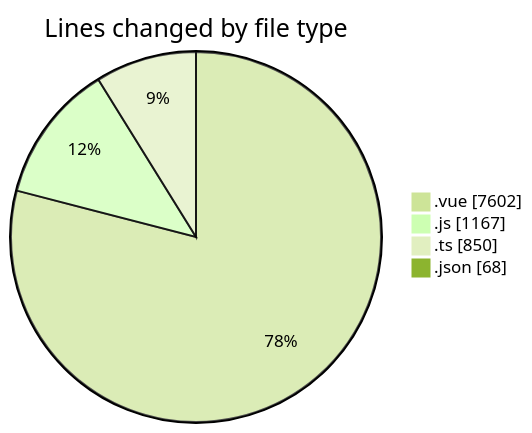
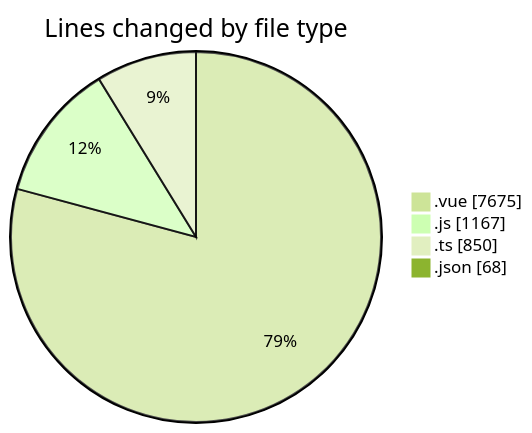
One commit to lephambinh05/code-tracking changed the first of 2 diagrams in 2025-08-12/rentotp/README.md. Above: the diagram before and after it, drawn with Mermaid (forest theme). The commit also changed other lines of this file and 1 other file, not shown here.

````diff
--- a/2025-08-12/rentotp/README.md
+++ b/2025-08-12/rentotp/README.md
@@ -45,8 +45,8 @@
 ```mermaid
 pie showData
 title Lines changed by file type
-".vue" : 7602
+".vue" : 7675
 ".js" : 1167
 ".ts" : 850
 ".json" : 68
 ```
````
